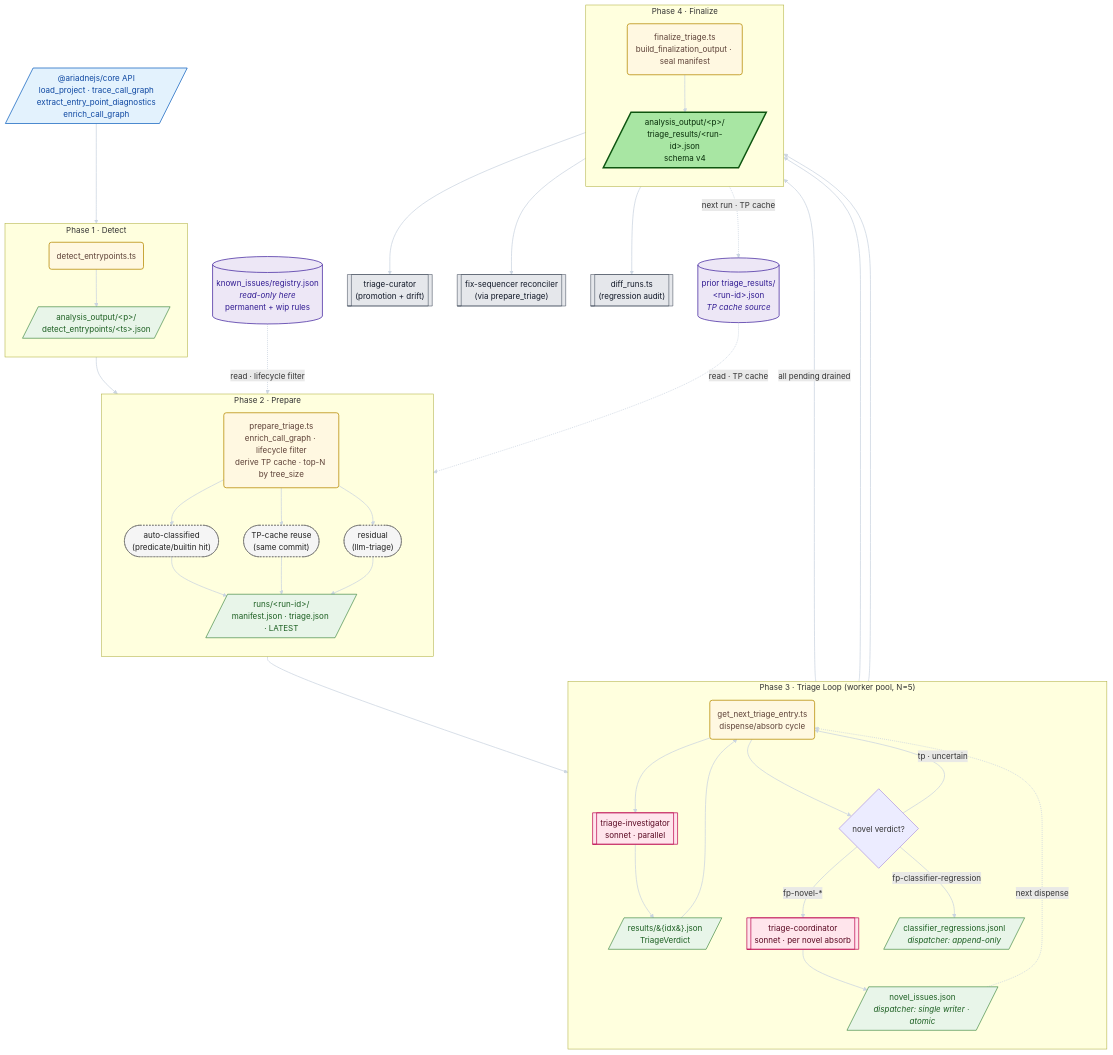
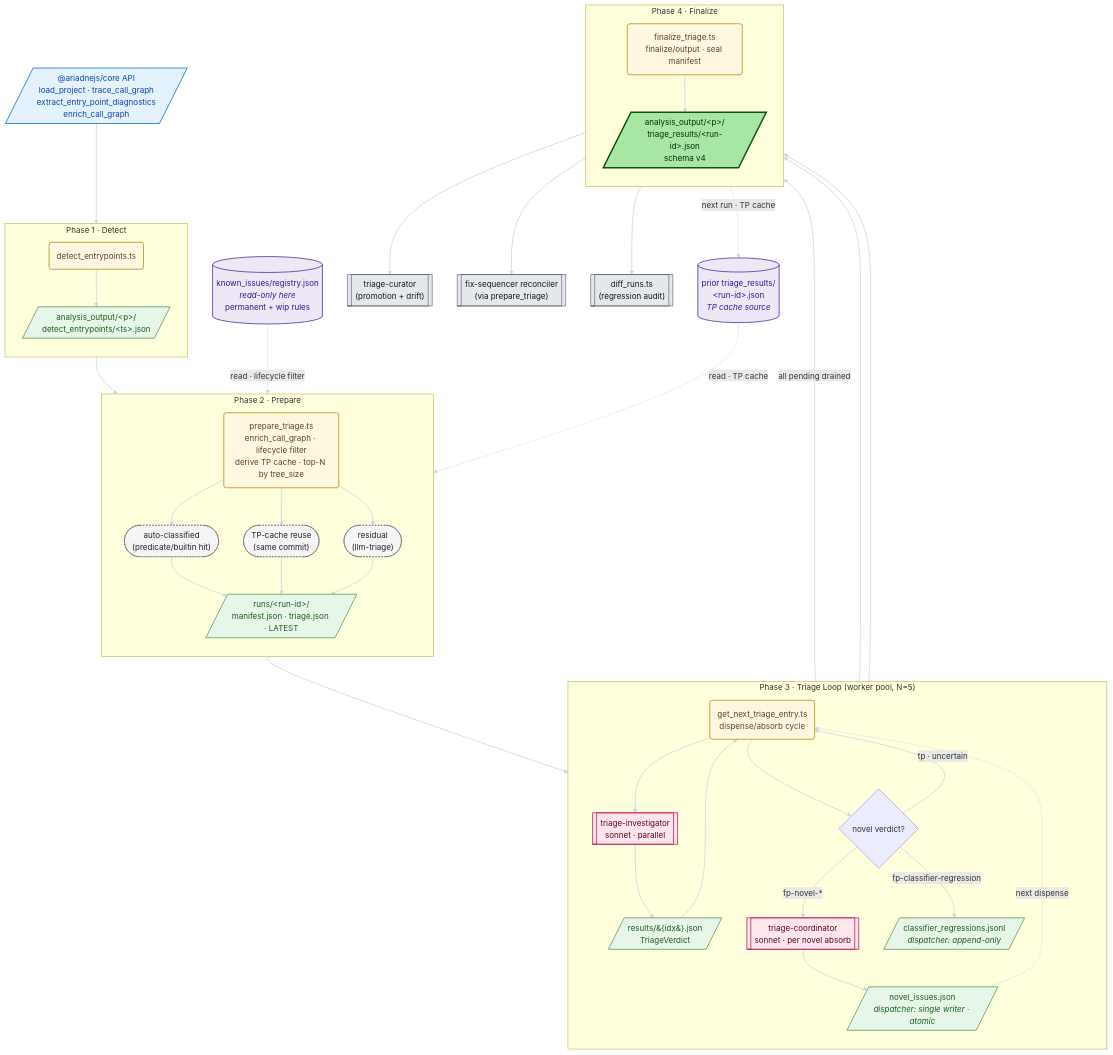
One commit to CRJFisher/ariadne changed the second of 2 diagrams in .claude/skills/triage-entrypoints/README.md. Above: the diagram before and after it, drawn with Mermaid. The commit also changed 182 other files, not shown here.

```diff
--- a/.claude/skills/triage-entrypoints/README.md
+++ b/.claude/skills/triage-entrypoints/README.md
@@ -87,7 +87,7 @@
 
   subgraph P4["Phase 4 · Finalize"]
     direction TB
-    S5("finalize_triage.ts<br/>build_finalization_output · seal manifest"):::step
+    S5("finalize_triage.ts<br/>finalize/output · seal manifest"):::step
     PUB[/"analysis_output/&lt;p&gt;/<br/>triage_results/&lt;run-id&gt;.json<br/>schema v4"/]:::published
   end
 
```
